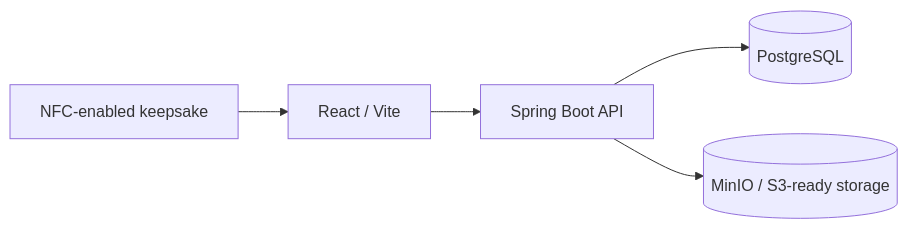
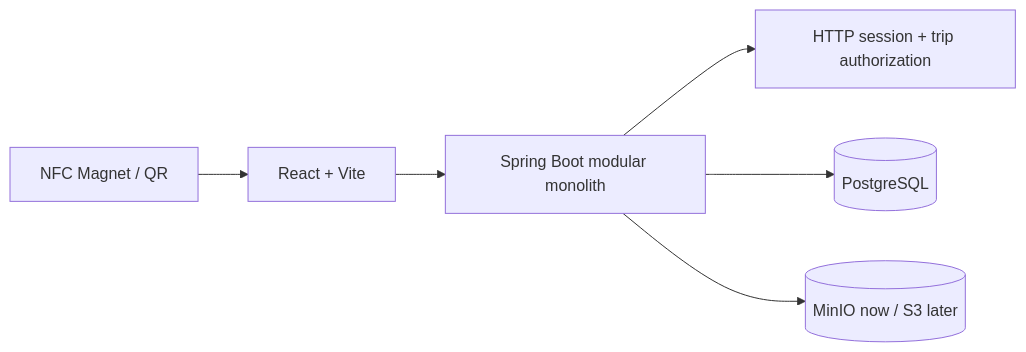
The diagram in README.md (khushianand/WANDERTRACE), drawn with Mermaid before and after one commit. The commit also changed other lines of this file and 22 other files, not shown here.

Commit message:
feat: add session auth and trip collaboration controls

````diff
--- a/README.md
+++ b/README.md
@@ -10,7 +17,8 @@
 ```mermaid
 flowchart LR
-  NFC[NFC-enabled keepsake] --> WEB[React / Vite]
-  WEB --> API[Spring Boot API]
+  NFC[NFC Magnet / QR] --> WEB[React + Vite]
+  WEB --> API[Spring Boot modular monolith]
+  API --> AUTH[HTTP session + trip authorization]
   API --> DB[(PostgreSQL)]
-  API --> STORAGE[(MinIO / S3-ready storage)]
+  API --> STORAGE[(MinIO now / S3 later)]
 ```
````
